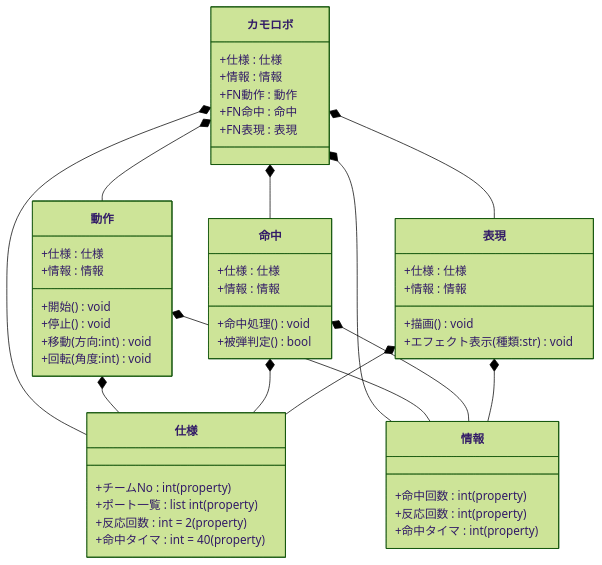
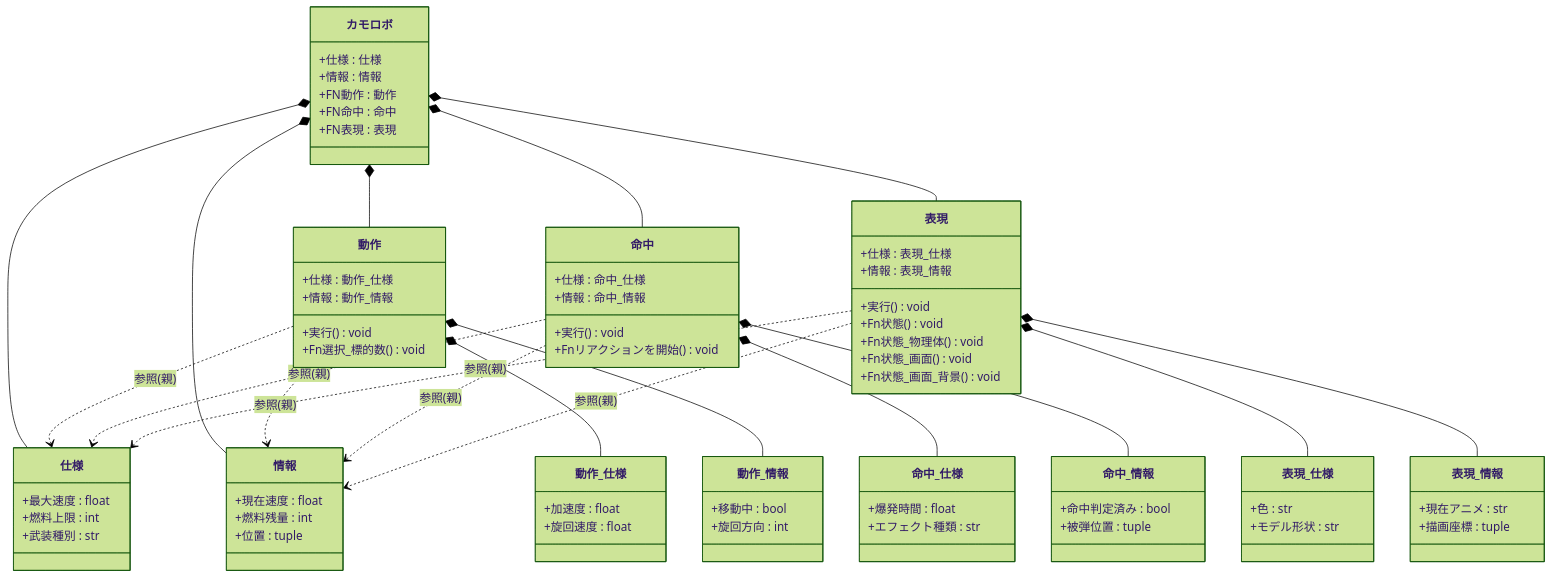
The diagram in ゲーム/03_MechHunter/README/31_プログラム構成.MD (kureha001/MMP), drawn with Mermaid (forest theme) before and after one commit. The commit also changed 8 other files, not shown here.

````diff
--- a/ゲーム/03_MechHunter/README/31_プログラム構成.MD
+++ b/ゲーム/03_MechHunter/README/31_プログラム構成.MD
@@ -10,39 +10,62 @@
 }
 
 class 仕様 {
-  +チームNo     : int       (property)
-  +ポート一覧   : list int  (property)
-  +反応回数     : int = 2   (property)
-  +命中タイマ   : int = 40  (property)
+  +最大速度 : float
+  +燃料上限 : int
+  +武装種別 : str
 }
-
 class 情報 {
-  +命中回数     : int (property)
-  +反応回数     : int (property)
-  +命中タイマ   : int (property)
+  +現在速度 : float
+  +燃料残量 : int
+  +位置 : tuple
 }
 
 class 動作 {
-  +仕様 : 仕様
-  +情報 : 情報
-  +開始() void
-  +停止() void
-  +移動(方向:int) void
-  +回転(角度:int) void
+  +仕様 : 動作_仕様
+  +情報 : 動作_情報
+  +実行() void
+  +Fn選択_標的数() void
+}
+class 動作_仕様 {
+  +加速度 : float
+  +旋回速度 : float
+}
+class 動作_情報 {
+  +移動中 : bool
+  +旋回方向 : int
 }
 
 class 命中 {
-  +仕様 : 仕様
-  +情報 : 情報
-  +命中処理() void
-  +被弾判定() bool
+  +仕様 : 命中_仕様
+  +情報 : 命中_情報
+  +実行() void
+  +Fnリアクションを開始() void
+}
+class 命中_仕様 {
+  +爆発時間 : float
+  +エフェクト種類 : str
+}
+class 命中_情報 {
+  +命中判定済み : bool
+  +被弾位置 : tuple
 }
 
 class 表現 {
-  +仕様 : 仕様
-  +情報 : 情報
-  +描画() void
-  +エフェクト表示(種類:str) void
+  +仕様 : 表現_仕様
+  +情報 : 表現_情報
+  +実行() void
+  +Fn状態() void
+  +Fn状態_物理体() void
+  +Fn状態_画面() void
+  +Fn状態_画面_背景() void
+}
+class 表現_仕様 {
+  +色 : str
+  +モデル形状 : str
+}
+class 表現_情報 {
+  +現在アニメ : str
+  +描画座標 : tuple
 }
 
 カモロボ *-- 仕様
@@ -51,13 +74,17 @@
 カモロボ *-- 命中
 カモロボ *-- 表現
 
-動作 *-- 仕様
-動作 *-- 情報
+動作 *-- 動作_仕様
+動作 *-- 動作_情報
+命中 *-- 命中_仕様
+命中 *-- 命中_情報
+表現 *-- 表現_仕様
+表現 *-- 表現_情報
 
-命中 *-- 仕様
-命中 *-- 情報
-
-表現 *-- 仕様
-表現 *-- 情報
-
+動作 ..> 仕様 : 参照(親)
+動作 ..> 情報 : 参照(親)
+命中 ..> 仕様 : 参照(親)
+命中 ..> 情報 : 参照(親)
+表現 ..> 仕様 : 参照(親)
+表現 ..> 情報 : 参照(親)
 ```
````
